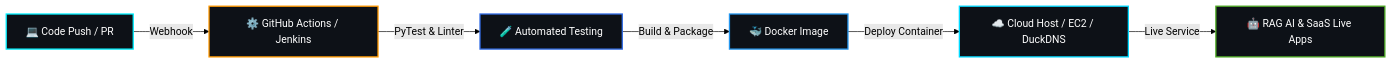
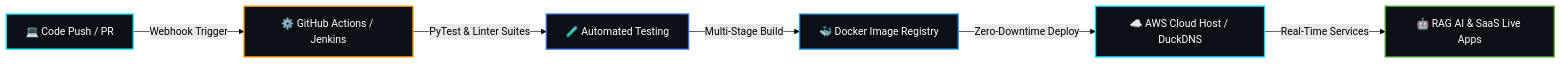
One commit to mauryashivi199-ui/mauryashivi199-ui changed the diagram in README.md. Above: the diagram before and after it, drawn with Mermaid (forest theme). The commit also changed other lines of this file and 1 other file, not shown here.

Commit message:
🌟 Super Profile Update: 6 Projects Matrix, Compact Tech UI, Snake Game Eater & Automated Workflow

````diff
--- a/README.md
+++ b/README.md
@@ -211,15 +105,15 @@
 ```mermaid
 graph LR
-    A[💻 Code Push / PR] -->|Webhook| B[⚙️ GitHub Actions / Jenkins]
-    B -->|PyTest & Linter| C[🧪 Automated Testing]
-    C -->|Build & Package| D[🐳 Docker Image]
-    D -->|Deploy Container| E[☁️ Cloud Host / EC2 / DuckDNS]
-    E -->|Live Service| F[🤖 RAG AI & SaaS Live Apps]
+    A[💻 Code Push / PR] -->|Webhook Trigger| B[⚙️ GitHub Actions / Jenkins]
+    B -->|PyTest & Linter Suites| C[🧪 Automated Testing]
+    C -->|Multi-Stage Build| D[🐳 Docker Image Registry]
+    D -->|Zero-Downtime Deploy| E[☁️ AWS Cloud Host / DuckDNS]
+    E -->|Real-Time Services| F[🤖 RAG AI & SaaS Live Apps]
     
     style A fill:#0d1117,stroke:#00F0FF,stroke-width:2px,color:#fff
     style B fill:#0d1117,stroke:#FF9900,stroke-width:2px,color:#fff
     style C fill:#0d1117,stroke:#326CE5,stroke-width:2px,color:#fff
     style D fill:#0d1117,stroke:#2496ED,stroke-width:2px,color:#fff
     style E fill:#0d1117,stroke:#00D9FF,stroke-width:2px,color:#fff
     style F fill:#0d1117,stroke:#4EAA25,stroke-width:2px,color:#fff
 ```
````
